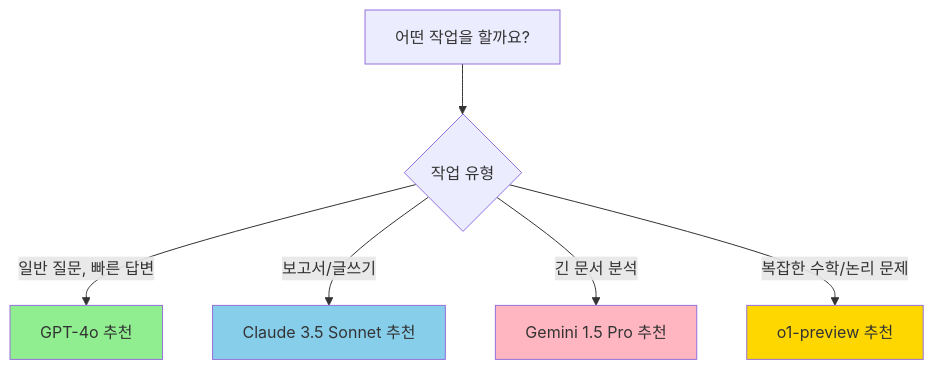
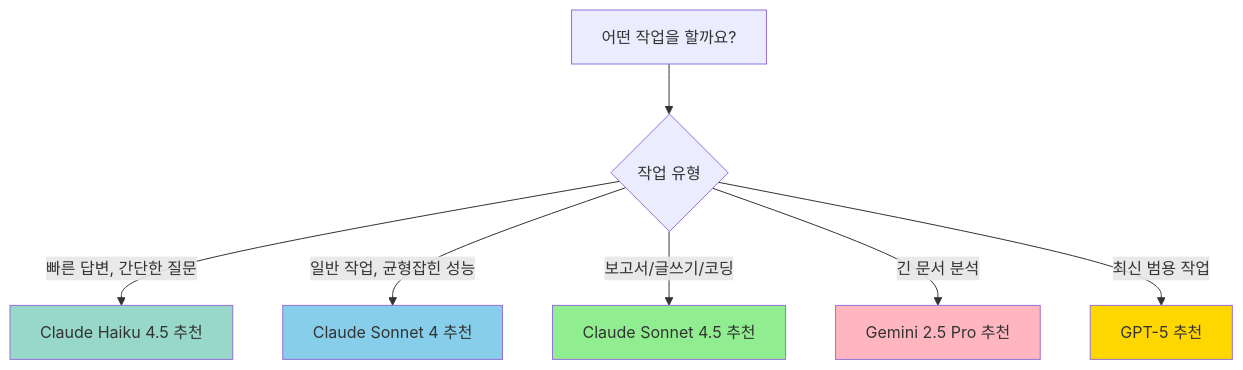
Before and after one commit to seo-jinseok/GitHub-Copilot-Guide: the first of 3 diagrams in docs/common/ko/copilot_web.md, drawn with Mermaid. The commit also changed other lines of this file, not shown here.

````diff
--- a/docs/common/ko/copilot_web.md
+++ b/docs/common/ko/copilot_web.md
@@ -78,13 +97,15 @@
 ```mermaid
 graph TD
     A[어떤 작업을 할까요?] --> B{작업 유형}
-    B -->|일반 질문, 빠른 답변| C[GPT-4o 추천]
-    B -->|보고서/글쓰기| D[Claude 3.5 Sonnet 추천]
-    B -->|긴 문서 분석| E[Gemini 1.5 Pro 추천]
-    B -->|복잡한 수학/논리 문제| F[o1-preview 추천]
+    B -->|빠른 답변, 간단한 질문| C[Claude Haiku 4.5 추천]
+    B -->|일반 작업, 균형잡힌 성능| D[Claude Sonnet 4 추천]
+    B -->|보고서/글쓰기/코딩| E[Claude Sonnet 4.5 추천]
+    B -->|긴 문서 분석| F[Gemini 2.5 Pro 추천]
+    B -->|최신 범용 작업| G[GPT-5 추천]
     
-    style C fill:#90EE90
+    style C fill:#98D8C8
     style D fill:#87CEEB
-    style E fill:#FFB6C1
-    style F fill:#FFD700
+    style E fill:#90EE90
+    style F fill:#FFB6C1
+    style G fill:#FFD700
 ```
````
